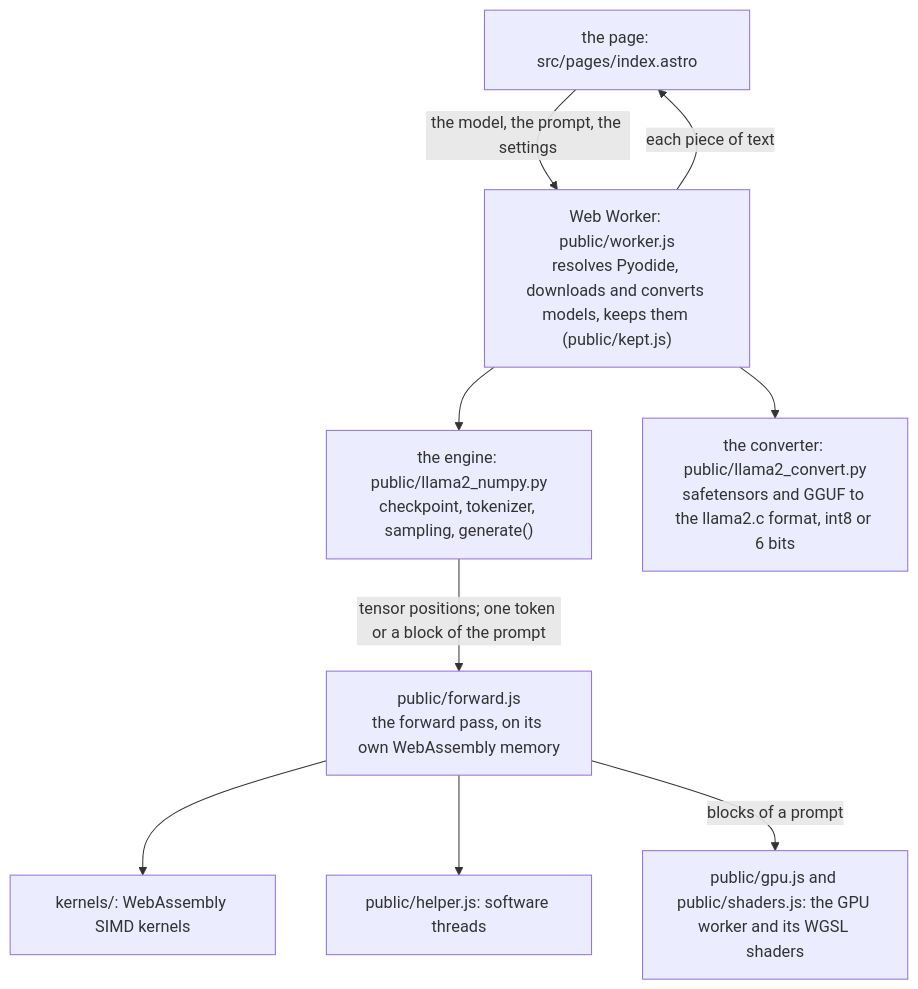
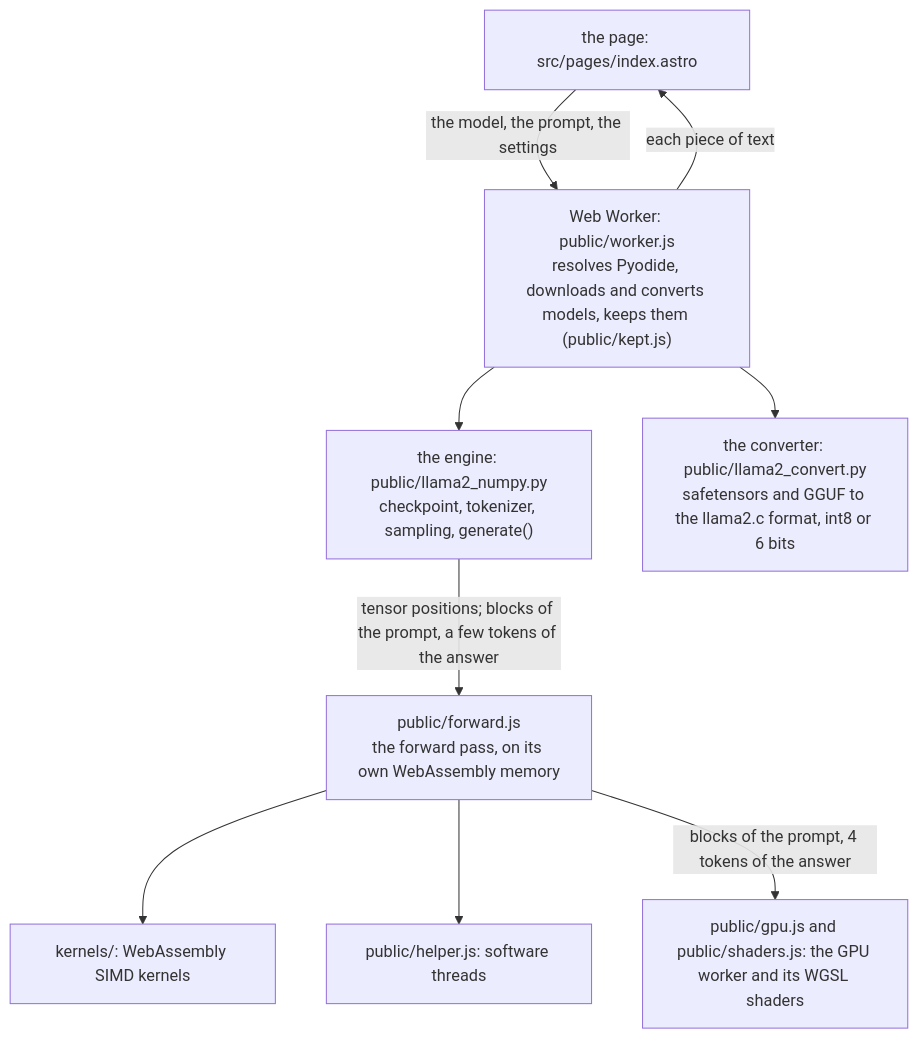
One commit to ssig33/pyodide-llm changed the diagram in docs/architecture.md. Above: the diagram before and after it, drawn with Mermaid. The commit also changed other lines of this file and 5 other files, not shown here.

````diff
--- a/docs/architecture.md
+++ b/docs/architecture.md
@@ -8,19 +8,19 @@
 ```mermaid
 flowchart TD
   page["the page: src/pages/index.astro"]
   worker["Web Worker: public/worker.js<br/>resolves Pyodide, downloads and converts models, keeps them (public/kept.js)"]
   engine["the engine: public/llama2_numpy.py<br/>checkpoint, tokenizer, sampling, generate()"]
   convert["the converter: public/llama2_convert.py<br/>safetensors and GGUF to the llama2.c format, int8 or 6 bits"]
   forward["public/forward.js<br/>the forward pass, on its own WebAssembly memory"]
   kernels["kernels/: WebAssembly SIMD kernels"]
   helper["public/helper.js: software threads"]
   gpu["public/gpu.js and public/shaders.js: the GPU worker and its WGSL shaders"]
   page -- "the model, the prompt, the settings" --> worker
   worker -- "each piece of text" --> page
   worker --> engine
   worker --> convert
-  engine -- "tensor positions; one token or a block of the prompt" --> forward
+  engine -- "tensor positions; blocks of the prompt, a few tokens of the answer" --> forward
   forward --> kernels
   forward --> helper
-  forward -- "blocks of a prompt" --> gpu
+  forward -- "blocks of the prompt, 4 tokens of the answer" --> gpu
 ```
````
